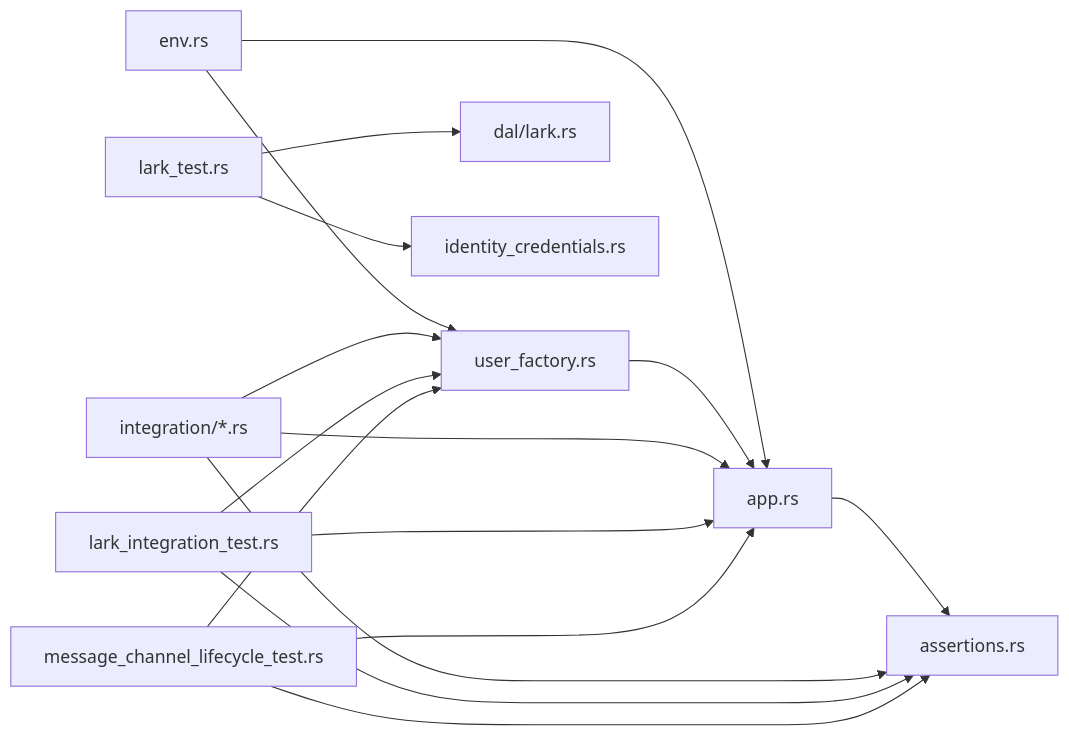
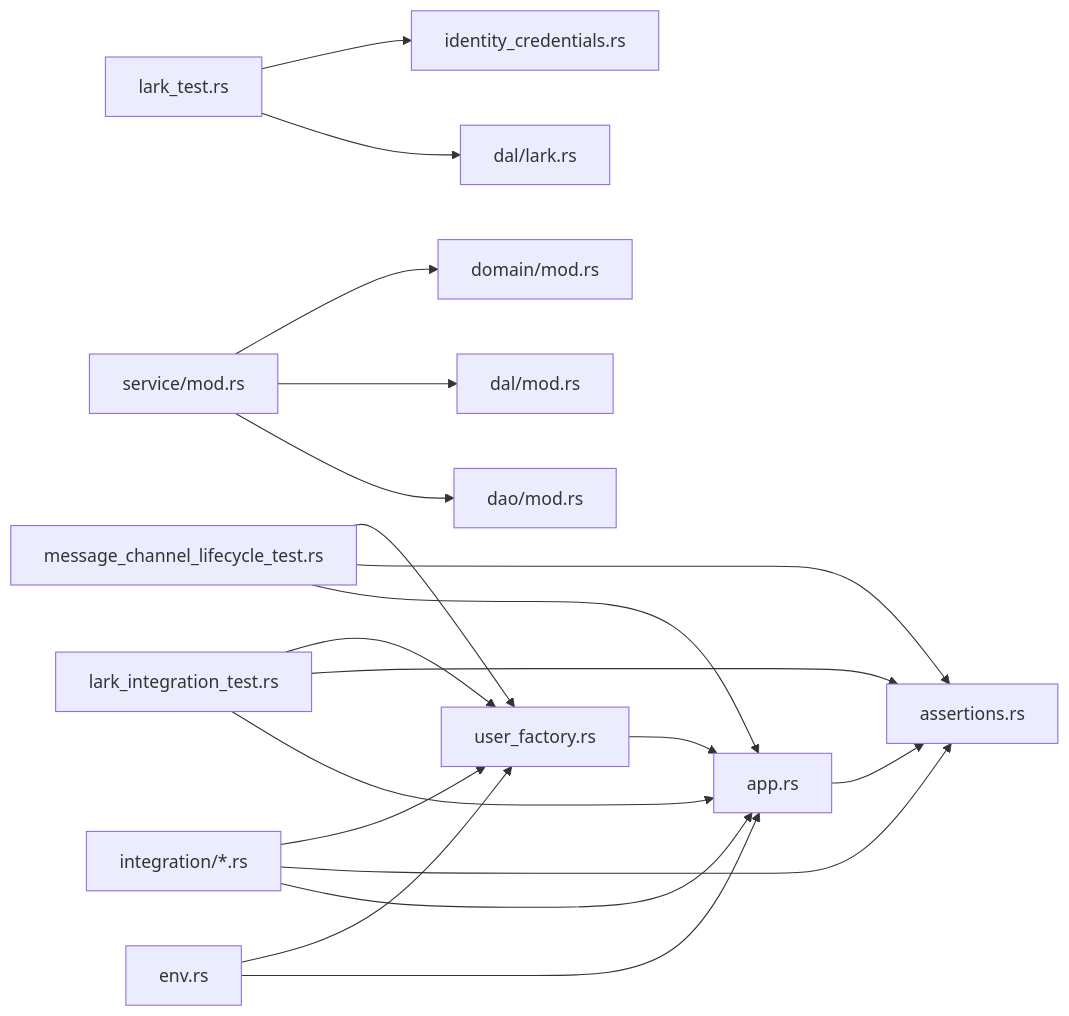
Before and after one commit to runningcoders/ai_orz: the third of 4 diagrams in .qoder/repowiki/zh/content/测试指南/测试指南.md, drawn with Mermaid. The commit also changed other lines of this file and 5 other files, not shown here.

````diff
--- a/.qoder/repowiki/zh/content/测试指南/测试指南.md
+++ b/.qoder/repowiki/zh/content/测试指南/测试指南.md
@@ -293,18 +319,21 @@
 ```mermaid
 graph LR
 ENV["env.rs"] --> APP["app.rs"]
 ENV --> FACT["user_factory.rs"]
 APP --> ASSERT["assertions.rs"]
 FACT --> APP
 TEST["integration/*.rs"] --> APP
 TEST --> ASSERT
 TEST --> FACT
 LARK_TEST["lark_integration_test.rs"] --> APP
 LARK_TEST --> ASSERT
 LARK_TEST --> FACT
 CHANNEL_TEST["message_channel_lifecycle_test.rs"] --> APP
 CHANNEL_TEST --> ASSERT
 CHANNEL_TEST --> FACT
 DAL_TEST["lark_test.rs"] --> DAL["dal/lark.rs"]
 DAL_TEST --> MODELS["identity_credentials.rs"]
+SERVICE_INIT["service/mod.rs"] --> DAO_INIT["dao/mod.rs"]
+SERVICE_INIT --> DAL_INIT["dal/mod.rs"]
+SERVICE_INIT --> DOMAIN_INIT["domain/mod.rs"]
 ```
````
